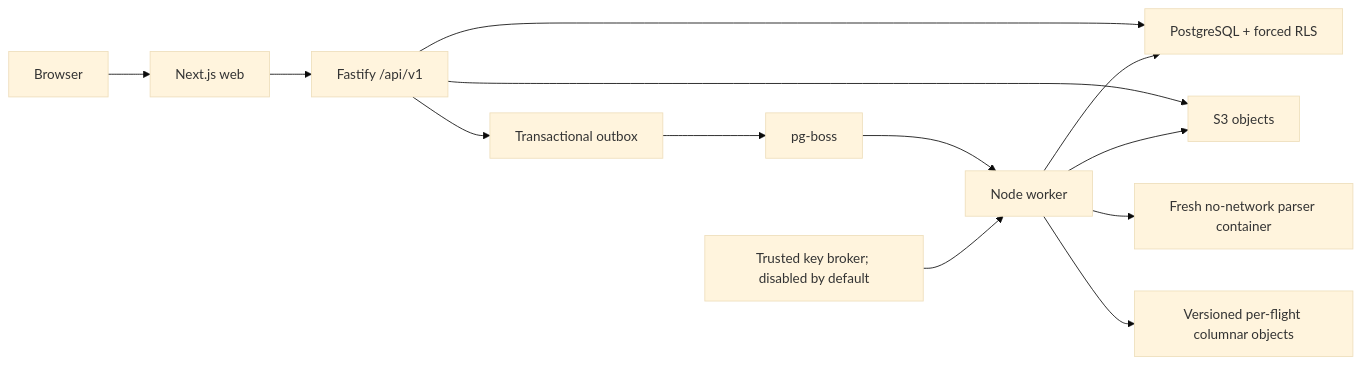
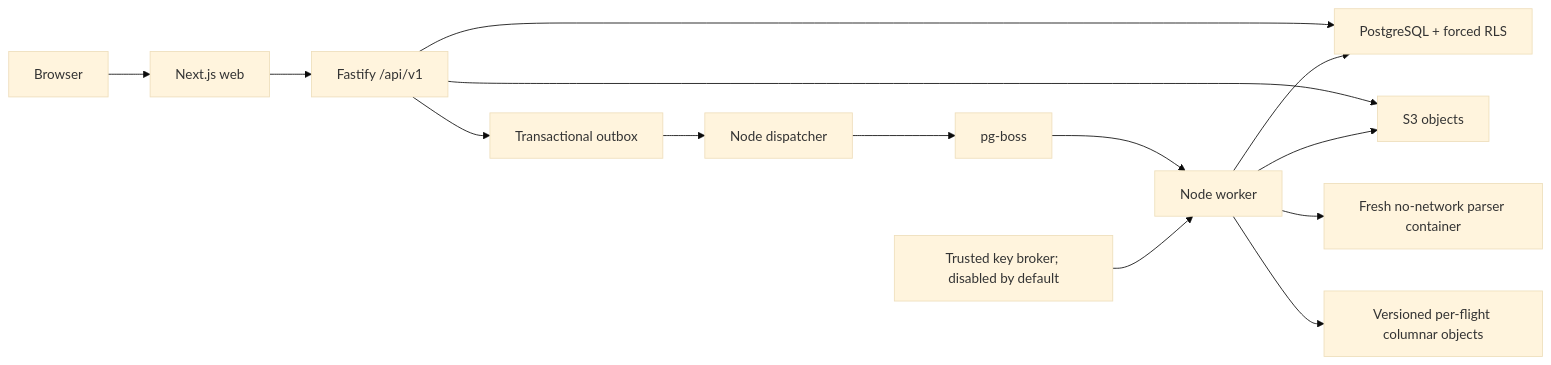
One commit to Synapsekw/Drone.Works changed the diagram in docs/architecture/SYSTEM.md. Above: the diagram before and after it, drawn with Mermaid (base theme). The commit also changed other lines of this file and 36 other files, not shown here.

````diff
--- a/docs/architecture/SYSTEM.md
+++ b/docs/architecture/SYSTEM.md
@@ -11,15 +11,16 @@
 ```mermaid
 flowchart LR
   Browser["Browser"] --> Web["Next.js web"]
   Web --> API["Fastify /api/v1"]
   API --> PG["PostgreSQL + forced RLS"]
   API --> S3["S3 objects"]
   API --> Outbox["Transactional outbox"]
-  Outbox --> Queue["pg-boss"]
+  Outbox --> Dispatcher["Node dispatcher"]
+  Dispatcher --> Queue["pg-boss"]
   Queue --> Worker["Node worker"]
   Worker --> PG
   Worker --> S3
   Worker --> Parser["Fresh no-network parser container"]
   KeyBroker["Trusted key broker; disabled by default"] --> Worker
   Worker --> Telemetry["Versioned per-flight columnar objects"]
 ```
````
